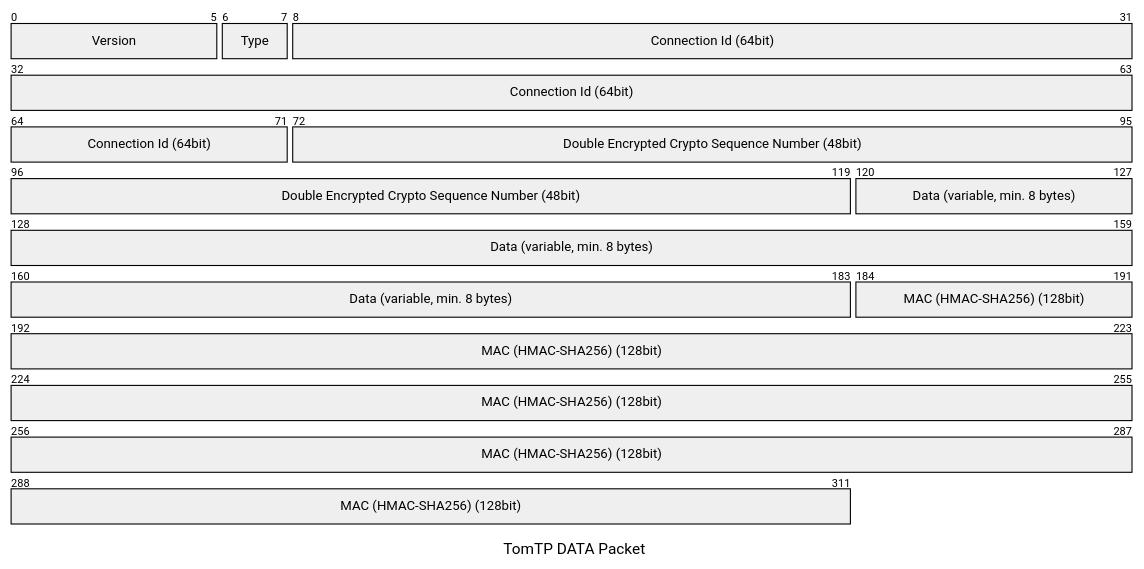
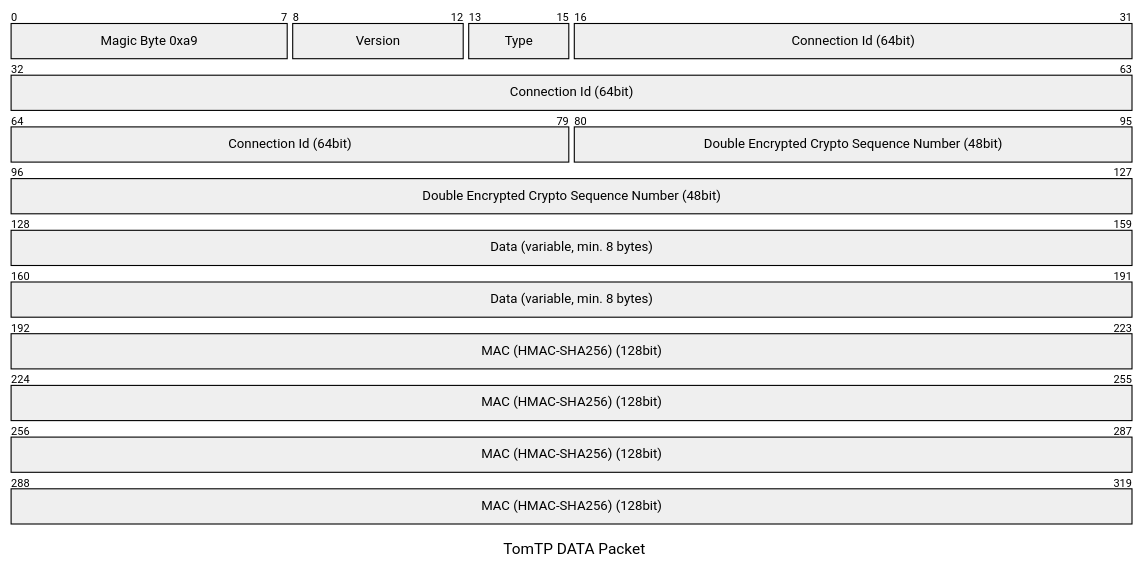
The sixth of 9 diagrams in Readme.md (tbocek/tomtp), drawn with Mermaid before and after one commit. The commit also changed other lines of this file and 3 other files, not shown here.

````diff
--- a/Readme.md
+++ b/Readme.md
@@ -118,12 +170,13 @@
 ```mermaid
 ---
 title: "TomTP DATA Packet"
 ---
 packet-beta
-  0-5: "Version"
-  6-7: "Type"
-  8-71: "Connection Id (64bit)"
-  72-119: "Double Encrypted Crypto Sequence Number (48bit)"
-  120-183: "Data (variable, min. 8 bytes)"
-  184-311: "MAC (HMAC-SHA256) (128bit)"
+  0-7: "Magic Byte 0xa9"
+  8-12: "Version"
+  13-15: "Type"
+  16-79: "Connection Id (64bit)"
+  80-127: "Double Encrypted Crypto Sequence Number (48bit)"
+  128-191: "Data (variable, min. 8 bytes)"
+  192-319: "MAC (HMAC-SHA256) (128bit)"
 ```
````
